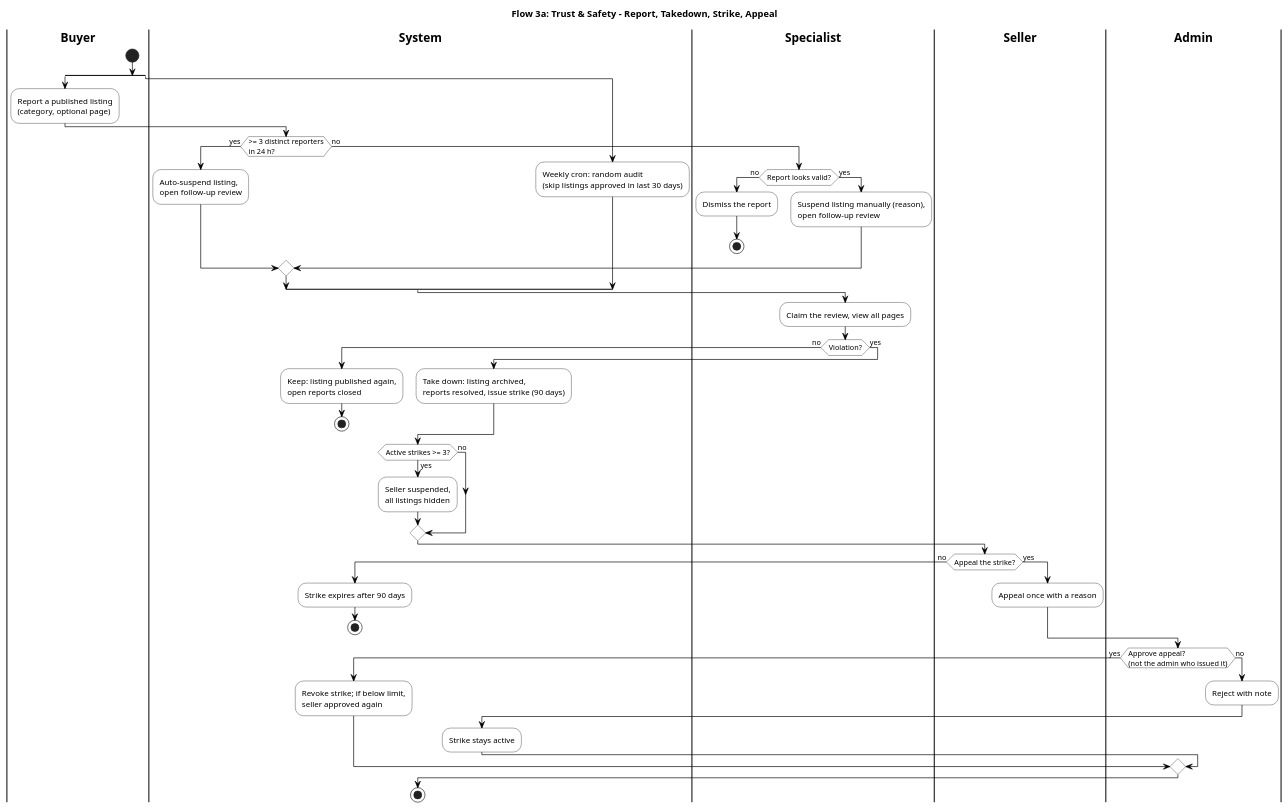
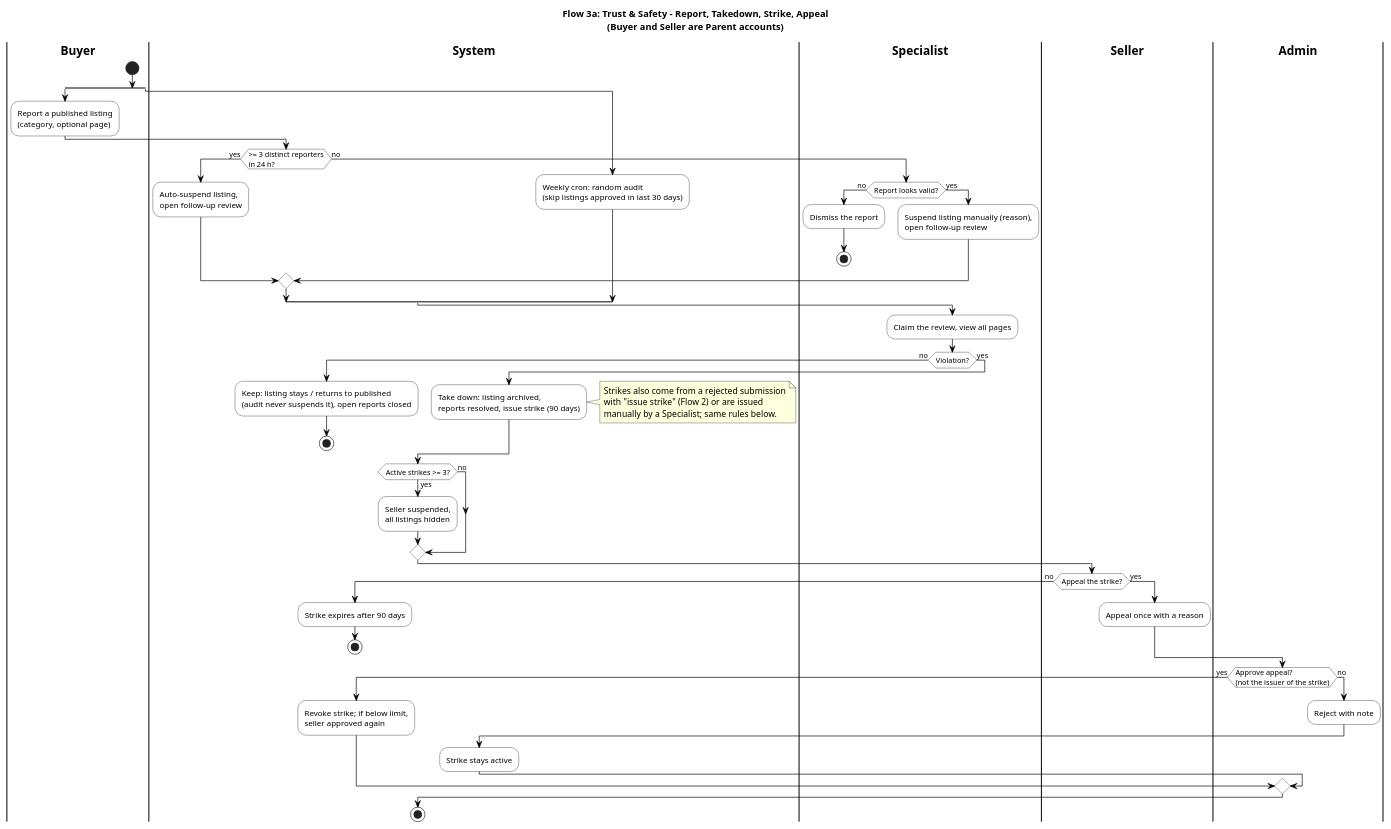
One commit to SEP490-GFA26SE186/BE changed the first of 2 diagrams in docs/diagrams/flows/flow-3-trust-safety.puml. Above: the diagram before and after it, drawn with PlantUML. The commit also changed other lines of this file and 7 other files, not shown here.

First line of the commit message:
docs(flows): cap nhat activity diagram 4 luong chinh theo code hien tai

```diff
--- a/docs/diagrams/flows/flow-3-trust-safety.puml
+++ b/docs/diagrams/flows/flow-3-trust-safety.puml
@@ -1,74 +1,79 @@
 @startuml flow-3a-trust-safety
-title Flow 3a: Trust & Safety - Report, Takedown, Strike, Appeal
+title Flow 3a: Trust & Safety - Report, Takedown, Strike, Appeal\n(Buyer and Seller are Parent accounts)
 skinparam defaultFontName Arial
 skinparam shadowing false
 skinparam ArrowColor #000000
 skinparam ActivityBackgroundColor #FFFFFF
 skinparam ActivityBorderColor #000000
 skinparam ActivityDiamondBackgroundColor #FFFFFF
 skinparam ActivityDiamondBorderColor #000000
 skinparam SwimlaneBorderColor #000000
 skinparam SwimlaneTitleFontStyle bold
 
 |Buyer|
 |System|
 |Specialist|
 |Seller|
 |Admin|
 
 |Buyer|
 start
 split
   |Buyer|
   :Report a published listing\n(category, optional page);
   |System|
   if (>= 3 distinct reporters\nin 24 h?) then (yes)
     :Auto-suspend listing,\nopen follow-up review;
   else (no)
     |Specialist|
     if (Report looks valid?) then (no)
       :Dismiss the report;
       stop
     else (yes)
       :Suspend listing manually (reason),\nopen follow-up review;
     endif
   endif
 split again
   |System|
   :Weekly cron: random audit\n(skip listings approved in last 30 days);
 end split
 |Specialist|
 :Claim the review, view all pages;
 if (Violation?) then (no)
   |System|
-  :Keep: listing published again,\nopen reports closed;
+  :Keep: listing stays / returns to published\n(audit never suspends it), open reports closed;
   stop
 else (yes)
   |System|
   :Take down: listing archived,\nreports resolved, issue strike (90 days);
+  note right
+    Strikes also come from a rejected submission
+    with "issue strike" (Flow 2) or are issued
+    manually by a Specialist; same rules below.
+  end note
 endif
 if (Active strikes >= 3?) then (yes)
   :Seller suspended,\nall listings hidden;
 else (no)
 endif
 |Seller|
 if (Appeal the strike?) then (no)
   |System|
   :Strike expires after 90 days;
   stop
 else (yes)
   |Seller|
   :Appeal once with a reason;
 endif
 |Admin|
-if (Approve appeal?\n(not the admin who issued it)) then (yes)
+if (Approve appeal?\n(not the issuer of the strike)) then (yes)
   |System|
   :Revoke strike; if below limit,\nseller approved again;
 else (no)
   |Admin|
   :Reject with note;
   |System|
   :Strike stays active;
 endif
 stop
 @enduml
```
